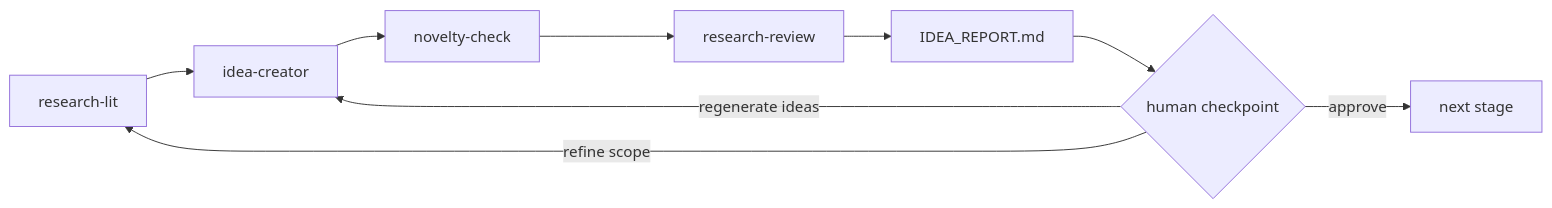
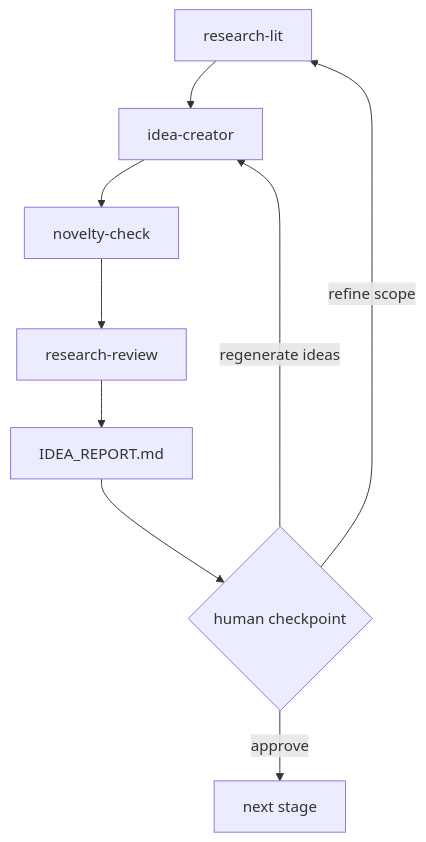
One commit to DavidLXu/DavidLXu.github.io changed the second of 8 diagrams in _posts/2026-03-14-blog-post-aris-project-notes.md. Above: the diagram before and after it, drawn with Mermaid. The commit also changed other lines of this file, not shown here.

Commit message:
Switch ARIS diagrams to top-down layout

````diff
--- a/_posts/2026-03-14-blog-post-aris-project-notes.md
+++ b/_posts/2026-03-14-blog-post-aris-project-notes.md
@@ -75,11 +75,11 @@
 ```mermaid
-flowchart LR
+flowchart TD
     A["research-lit"] --> B["idea-creator"]
     B --> C["novelty-check"]
     C --> D["research-review"]
     D --> E["IDEA_REPORT.md"]
     E --> F{"human checkpoint"}
     F -->|approve| G["next stage"]
     F -->|refine scope| A
     F -->|regenerate ideas| B
 ```
````
